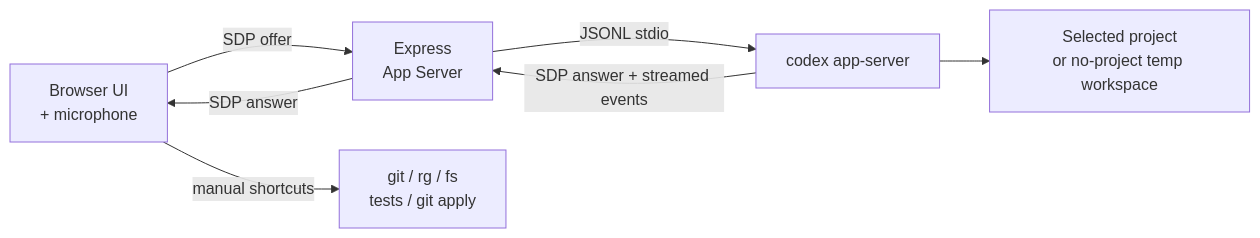
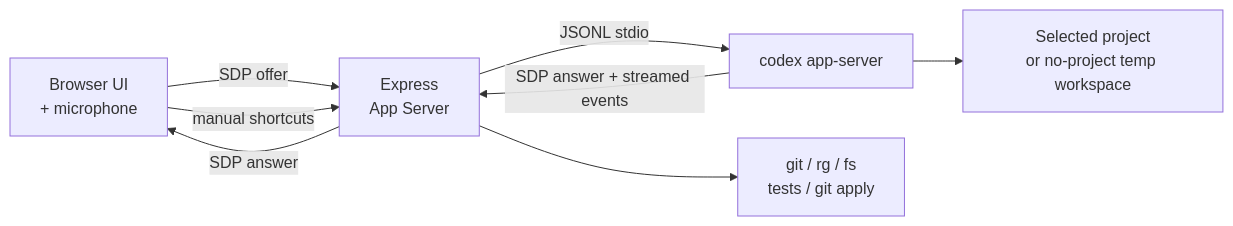
Before and after one commit to ethannjw/voice-assistant: the diagram in README.md, drawn with Mermaid. The commit also changed other lines of this file, not shown here.

First line of the commit message:
Clarify Codex App Server scope and PATCH panel status in README

````diff
--- a/README.md
+++ b/README.md
@@ -270,9 +275,10 @@
 ```mermaid
 flowchart LR
   Browser["Browser UI<br/>+ microphone"] -->|SDP offer| Server["Express<br/>App Server"]
   Server -->|JSONL stdio| Codex["codex app-server"]
   Codex -->|SDP answer + streamed events| Server
   Server -->|SDP answer| Browser
   Codex --> Workspace["Selected project<br/>or no-project temp workspace"]
-  Browser -->|manual shortcuts| Tools["git / rg / fs<br/>tests / git apply"]
+  Browser -->|manual shortcuts| Server
+  Server --> Tools["git / rg / fs<br/>tests / git apply"]
 ```
````
